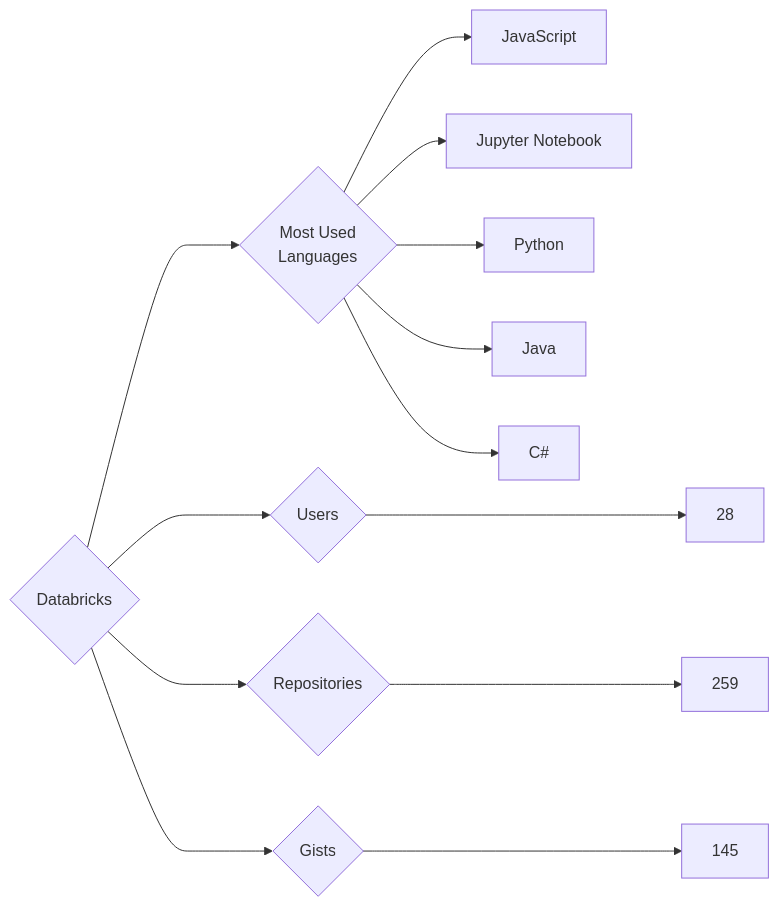
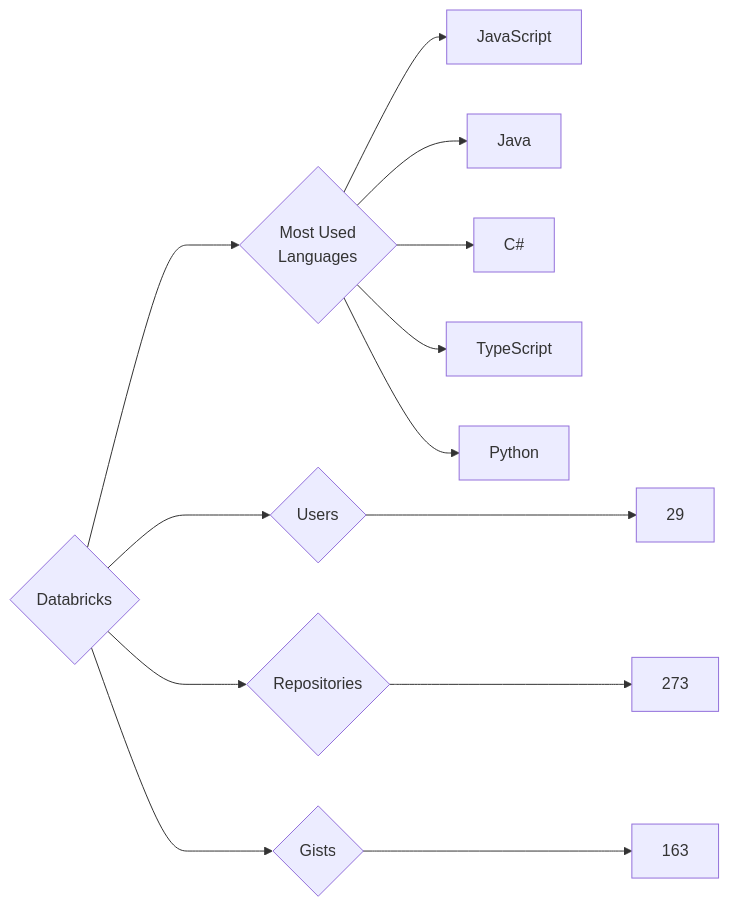
Before and after one commit to trickest/insiders: the diagram in targets/Databricks/README.md, drawn with Mermaid. The commit also changed 1314 other files, not shown here.

````diff
--- a/targets/Databricks/README.md
+++ b/targets/Databricks/README.md
@@ -3,13 +3,13 @@
 ```mermaid
 graph LR
 COMPANY_NAME{Databricks}
-COMPANY_NAME ---> U{Users} ---> UN[28]
-COMPANY_NAME ---> R{Repositories} ---> RN[259]
-COMPANY_NAME ---> G{Gists} ---> GN[145]
+COMPANY_NAME ---> U{Users} ---> UN[29]
+COMPANY_NAME ---> R{Repositories} ---> RN[273]
+COMPANY_NAME ---> G{Gists} ---> GN[163]
 COMPANY_NAME ---> ML{Most Used<br>Languages}
 ML --> JavaScript[JavaScript]
-ML --> Jupyter_Notebook[Jupyter Notebook]
-ML --> Python[Python]
 ML --> Java[Java]
 ML --> C#[C#]
+ML --> TypeScript[TypeScript]
+ML --> Python[Python]
 ```
````
